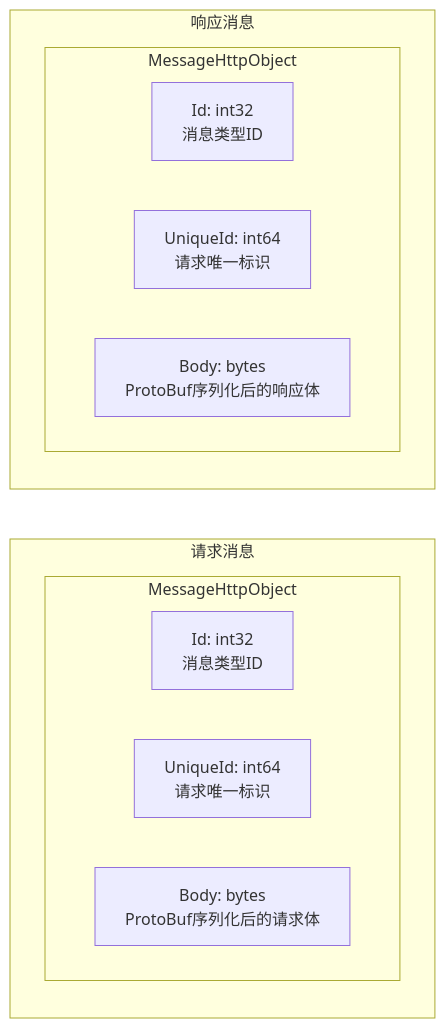
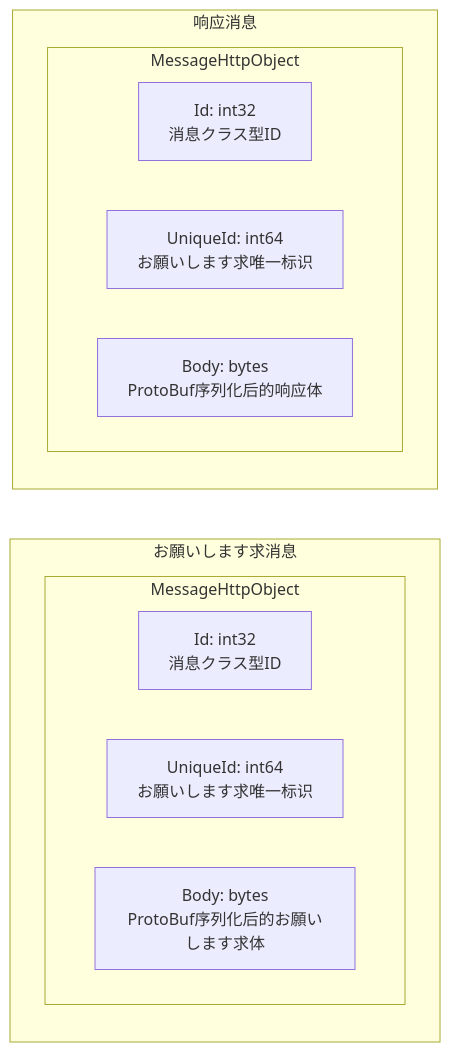
Before and after one commit to AlianBlank/GameFrameX.Docs: the fourth of 4 diagrams in docs/ja/client/unity/component/web-protobuff/01.overview.md, drawn with Mermaid. The commit also changed other lines of this file and 603 other files, not shown here.

````diff
--- a/docs/ja/client/unity/component/web-protobuff/01.overview.md
+++ b/docs/ja/client/unity/component/web-protobuff/01.overview.md
@@ -168,18 +168,18 @@
 ```mermaid
 flowchart LR
-    subgraph Request["请求消息"]
+    subgraph Request["お願いします求消息"]
         subgraph MH["MessageHttpObject"]
-            Id["Id: int32<br/>消息类型ID"]
-            UniqueId["UniqueId: int64<br/>请求唯一标识"]
-            Body["Body: bytes<br/>ProtoBuf序列化后的请求体"]
+            Id["Id: int32<br/>消息クラス型ID"]
+            UniqueId["UniqueId: int64<br/>お願いします求唯一标识"]
+            Body["Body: bytes<br/>ProtoBuf序列化后的お願いします求体"]
         end
     end
 
     subgraph Response["响应消息"]
         subgraph MHR["MessageHttpObject"]
-            IdR["Id: int32<br/>消息类型ID"]
-            UniqueIdR["UniqueId: int64<br/>请求唯一标识"]
+            IdR["Id: int32<br/>消息クラス型ID"]
+            UniqueIdR["UniqueId: int64<br/>お願いします求唯一标识"]
             BodyR["Body: bytes<br/>ProtoBuf序列化后的响应体"]
         end
     end
 ```
````
